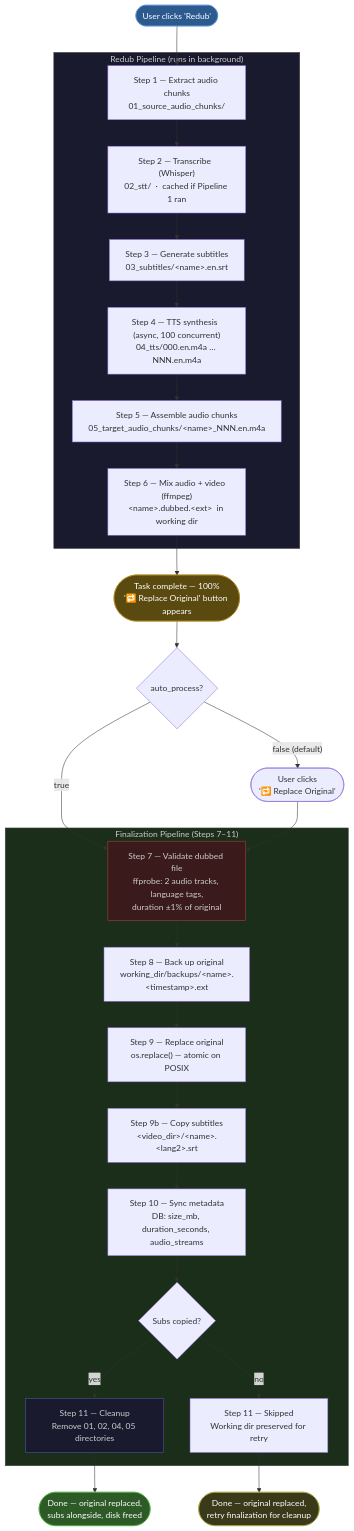
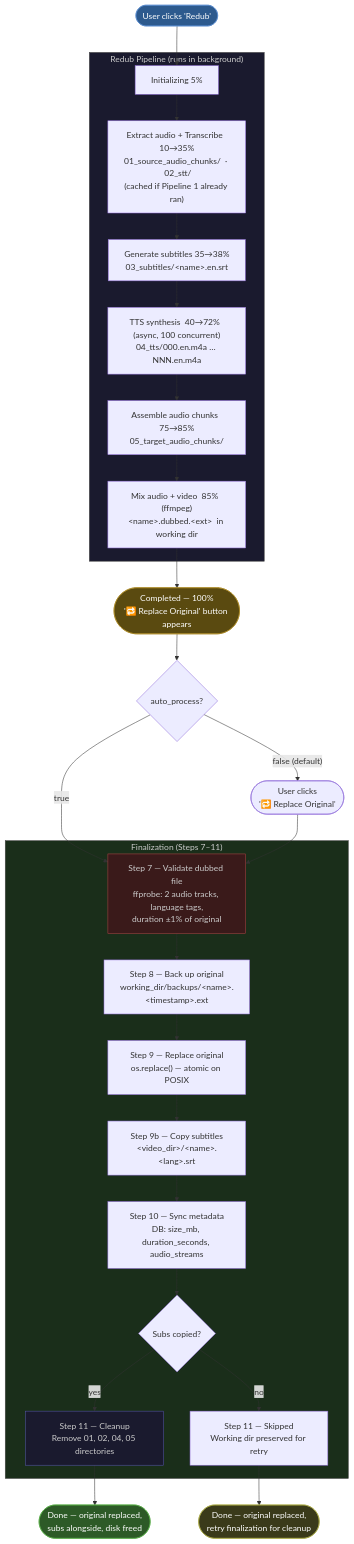
One commit to j0rsa/redubber changed the second of 2 diagrams in docs/redubbing.md. Above: the diagram before and after it, drawn with Mermaid. The commit also changed other lines of this file, not shown here.

````diff
--- a/docs/redubbing.md
+++ b/docs/redubbing.md
@@ -93,43 +96,43 @@
 ```mermaid
 flowchart TD
     START([User clicks 'Redub']) --> S1
 
     subgraph REDUB["Redub Pipeline  (runs in background)"]
-        S1["Step 1 — Extract audio chunks\n01_source_audio_chunks/"] --> S2
-        S2["Step 2 — Transcribe  (Whisper)\n02_stt/  ·  cached if Pipeline 1 ran"] --> S3
-        S3["Step 3 — Generate subtitles\n03_subtitles/&lt;name&gt;.en.srt"] --> S4
-        S4["Step 4 — TTS synthesis  (async, 100 concurrent)\n04_tts/000.en.m4a … NNN.en.m4a"] --> S5
-        S5["Step 5 — Assemble audio chunks\n05_target_audio_chunks/&lt;name&gt;_NNN.en.m4a"] --> S6
-        S6["Step 6 — Mix audio + video  (ffmpeg)\n&lt;name&gt;.dubbed.&lt;ext&gt;  in working dir"]
+        S1["Initializing  5%"] --> S2
+        S2["Extract audio + Transcribe  10→35%\n01_source_audio_chunks/  ·  02_stt/\n(cached if Pipeline 1 already ran)"] --> S3
+        S3["Generate subtitles  35→38%\n03_subtitles/&lt;name&gt;.en.srt"] --> S4
+        S4["TTS synthesis  40→72%  (async, 100 concurrent)\n04_tts/000.en.m4a … NNN.en.m4a"] --> S5
+        S5["Assemble audio chunks  75→85%\n05_target_audio_chunks/"] --> S6
+        S6["Mix audio + video  85%  (ffmpeg)\n&lt;name&gt;.dubbed.&lt;ext&gt;  in working dir"]
     end
 
-    S6 --> DONE(["Task complete — 100%\n'🔁 Replace Original' button appears"])
+    S6 --> DONE(["Completed — 100%\n'🔁 Replace Original' button appears"])
 
     DONE --> MANUAL{auto_process?}
     MANUAL -- "false (default)" --> CLICK([User clicks\n'🔁 Replace Original'])
     MANUAL -- true --> F7
     CLICK --> F7
 
-    subgraph FINAL["Finalization Pipeline  (Steps 7–11)"]
+    subgraph FINAL["Finalization  (Steps 7–11)"]
         F7["Step 7 — Validate dubbed file\nffprobe: 2 audio tracks, language tags,\nduration ±1% of original"] --> F8
         F8["Step 8 — Back up original\nworking_dir/backups/&lt;name&gt;.&lt;timestamp&gt;.ext"] --> F9
         F9["Step 9 — Replace original\nos.replace() — atomic on POSIX"] --> F9B
-        F9B["Step 9b — Copy subtitles\n&lt;video_dir&gt;/&lt;name&gt;.&lt;lang2&gt;.srt"] --> F10
+        F9B["Step 9b — Copy subtitles\n&lt;video_dir&gt;/&lt;name&gt;.&lt;lang&gt;.srt"] --> F10
         F10["Step 10 — Sync metadata\nDB: size_mb, duration_seconds, audio_streams"] --> F11
         F11{Subs copied?}
         F11 -- yes --> CLEANUP["Step 11 — Cleanup\nRemove 01, 02, 04, 05 directories"]
         F11 -- no --> SKIP["Step 11 — Skipped\nWorking dir preserved for retry"]
     end
 
     CLEANUP --> END([Done — original replaced,\nsubs alongside, disk freed])
     SKIP --> END2([Done — original replaced,\nretry finalization for cleanup])
 
     style REDUB fill:#1a1a2e,stroke:#444,color:#ccc
     style FINAL fill:#1a2e1a,stroke:#444,color:#ccc
     style START fill:#2d5a8e,stroke:#5588cc,color:#fff
     style DONE fill:#5a4a10,stroke:#aa8822,color:#fff
     style END fill:#2d5a27,stroke:#55aa44,color:#fff
     style END2 fill:#3a3a1a,stroke:#aaaa44,color:#fff
     style F7 fill:#3a1a1a,stroke:#aa4444,color:#ccc
     style CLEANUP fill:#1a1a2e,stroke:#5555aa,color:#ccc
 ```
````
